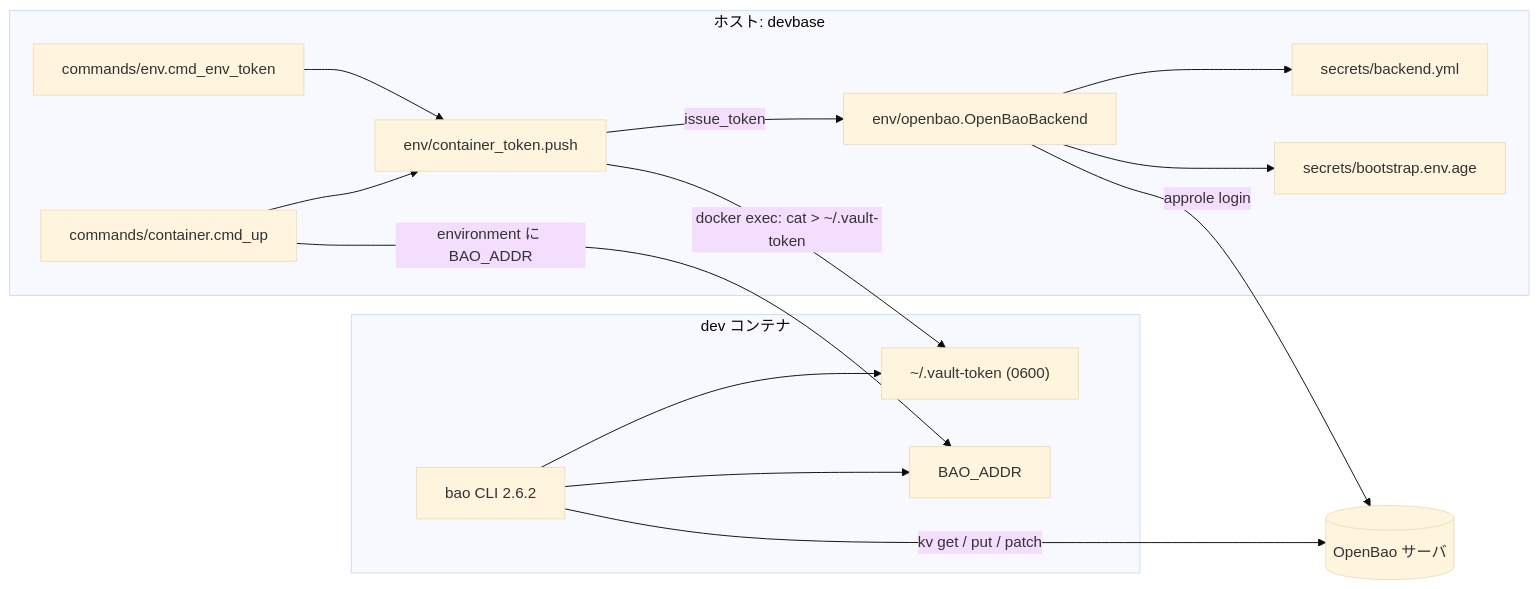
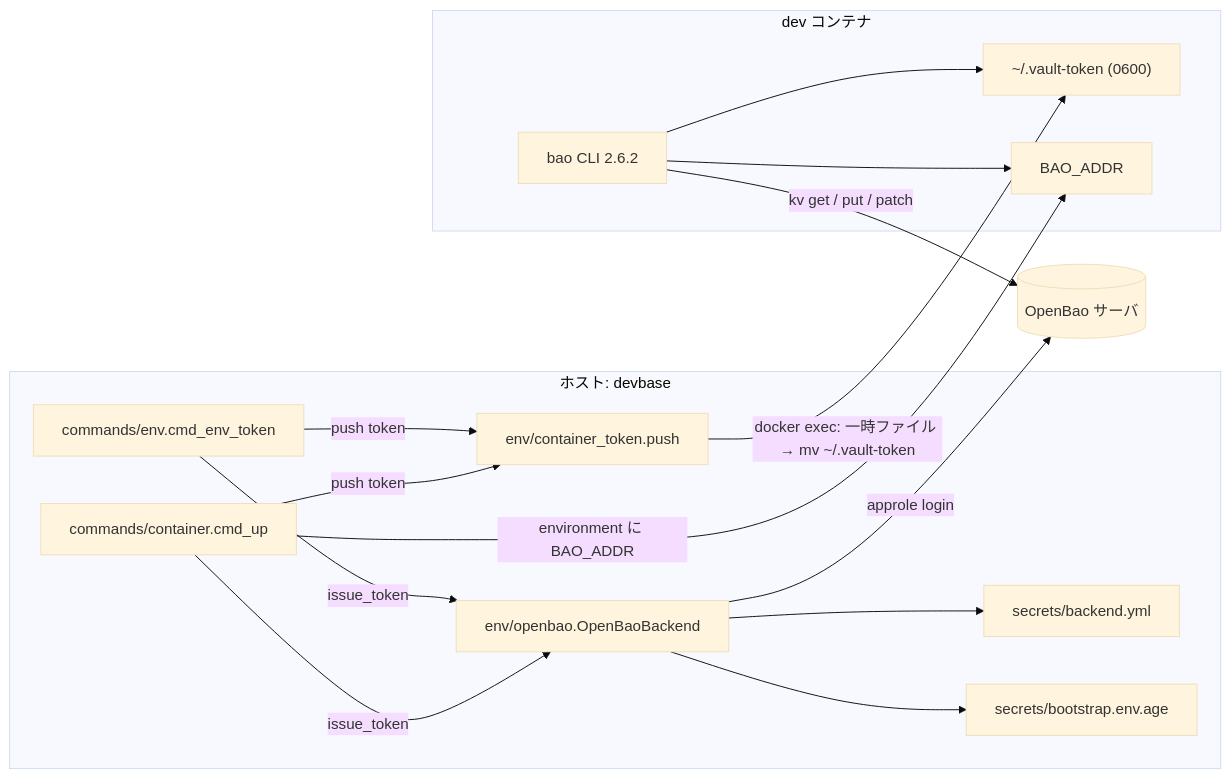
One commit to devbasex/devbase changed the first of 3 diagrams in issues/PLAN54_bao-in-container-design.md. Above: the diagram before and after it, drawn with Mermaid (base theme). The commit also changed other lines of this file and 1 other file, not shown here.

First line of the commit message:
docs(PLAN54): レビュー指摘に対応（決定 1 の反映漏れ、Pusher の責務境界、env token の引数、原子的な書き込み）

````diff
--- a/issues/PLAN54_bao-in-container-design.md
+++ b/issues/PLAN54_bao-in-container-design.md
@@ -37,28 +37,29 @@
 ```mermaid
 graph LR
     subgraph host [ホスト: devbase]
         UP[commands/container.cmd_up]
         TOKCMD[commands/env.cmd_env_token]
         PUSH[env/container_token.push]
         OB[env/openbao.OpenBaoBackend]
         CFG[secrets/backend.yml]
         BOOT[secrets/bootstrap.env.age]
     end
     subgraph container [dev コンテナ]
         TF["~/.vault-token (0600)"]
         ENVV[BAO_ADDR]
         BAO[bao CLI 2.6.2]
     end
     SRV[(OpenBao サーバ)]
     UP -->|environment に BAO_ADDR| ENVV
-    UP --> PUSH
-    TOKCMD --> PUSH
-    PUSH -->|issue_token| OB
+    UP -->|issue_token| OB
+    TOKCMD -->|issue_token| OB
+    UP -->|push token| PUSH
+    TOKCMD -->|push token| PUSH
     OB -->|approle login| SRV
     OB --> CFG
     OB --> BOOT
-    PUSH -->|docker exec: cat > ~/.vault-token| TF
+    PUSH -->|docker exec: 一時ファイル → mv ~/.vault-token| TF
     BAO --> TF
     BAO --> ENVV
     BAO -->|kv get / put / patch| SRV
 ```
````
